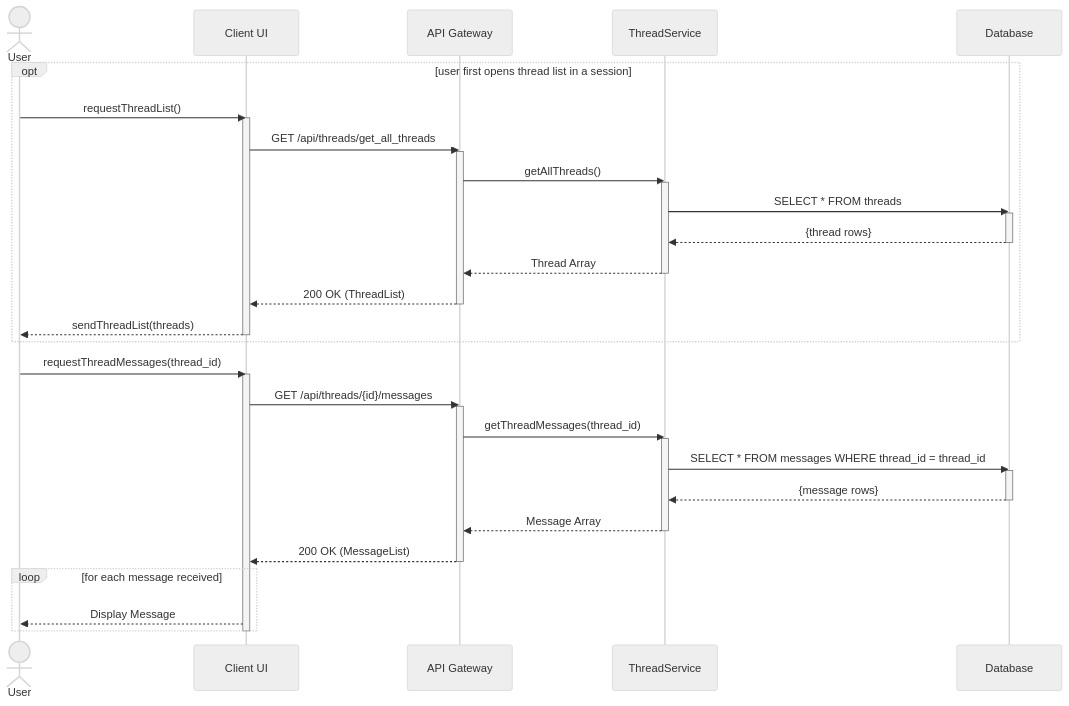
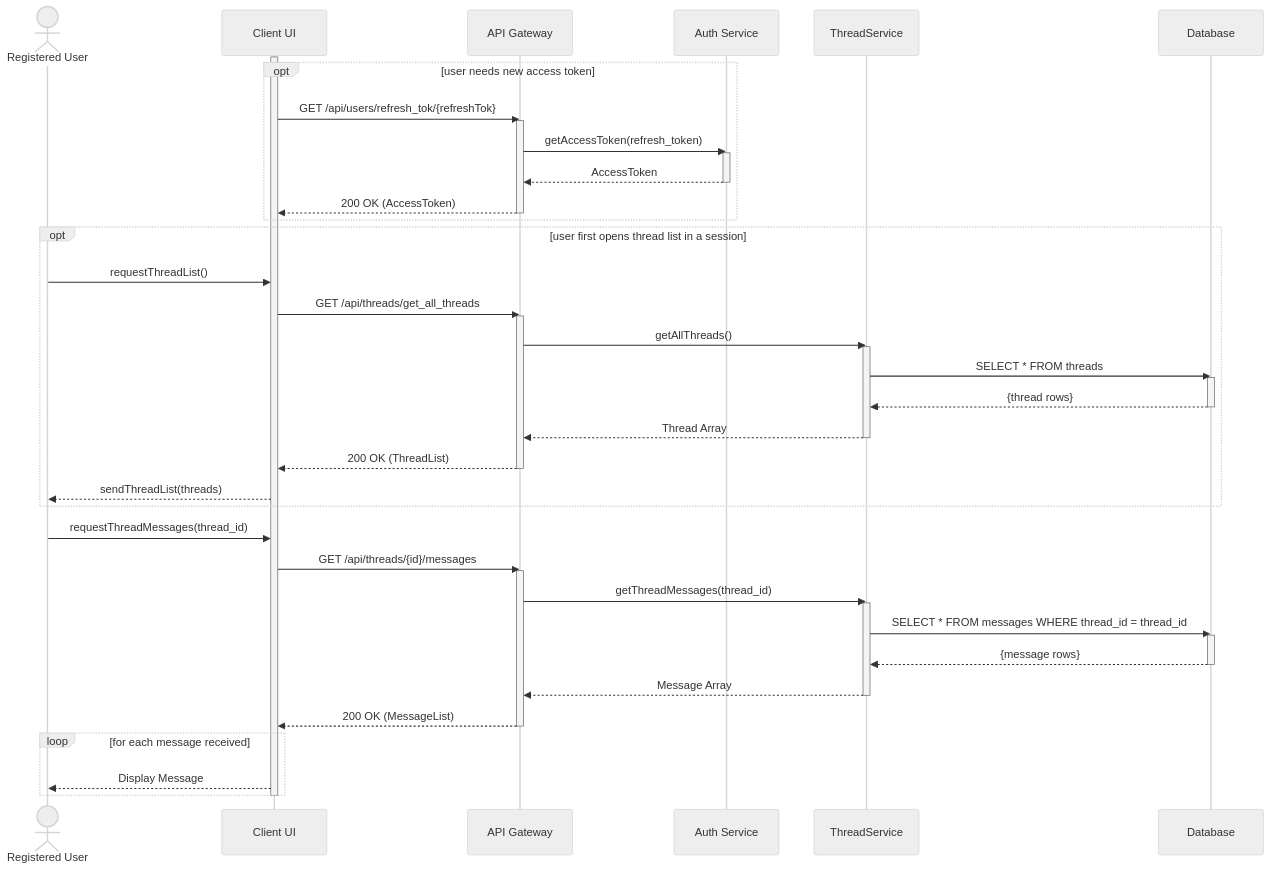
Before and after one commit to GarniyHlopchik/KPI_MAVPA: the diagram in lab3/SCN4.mmd, drawn with Mermaid (neutral theme). The commit also changed 2 other files, not shown here.

```diff
--- a/lab3/SCN4.mmd
+++ b/lab3/SCN4.mmd
@@ -1,48 +1,63 @@
 sequenceDiagram
-    Actor User
+
+    Actor User as Registered User
     participant UI as Client UI
     participant API as API Gateway
+    participant AS as Auth Service
     participant TS as ThreadService
     participant DB as Database
+
+    activate UI
+
+    opt user needs new access token
+
+    UI->>API: GET /api/users/refresh_tok/{refreshTok}
+    activate API
+    API->>AS: getAccessToken(refresh_token)
+    activate AS
+    AS-->>API: AccessToken
+    deactivate AS
+    API-->>UI: 200 OK (AccessToken)
+    deactivate API
+
+
+    end
 
     opt user first opens thread list in a session
 
     User->>UI: requestThreadList()
-    activate UI
     UI->>API: GET /api/threads/get_all_threads
     activate API
     API->>TS: getAllThreads()
     activate TS
     TS->>DB: SELECT * FROM threads
     activate DB
     DB-->>TS: {thread rows}
     deactivate DB
     TS-->>API: Thread Array
     deactivate TS
     API-->>UI: 200 OK (ThreadList)
     deactivate API
     UI-->>User: sendThreadList(threads)
-    deactivate UI
 
     end
 
     User->>UI: requestThreadMessages(thread_id)
-    activate UI
     UI->>API: GET /api/threads/{id}/messages
     activate API
     API->>TS: getThreadMessages(thread_id)
     activate TS
     TS->>DB: SELECT * FROM messages WHERE thread_id = thread_id
     activate DB
     DB-->>TS: {message rows}
     deactivate DB
     TS-->>API: Message Array
     deactivate TS
     API-->>UI: 200 OK (MessageList)
     deactivate API
 
     loop for each message received
     UI-->>User: Display Message
     end
 
     deactivate UI
```
